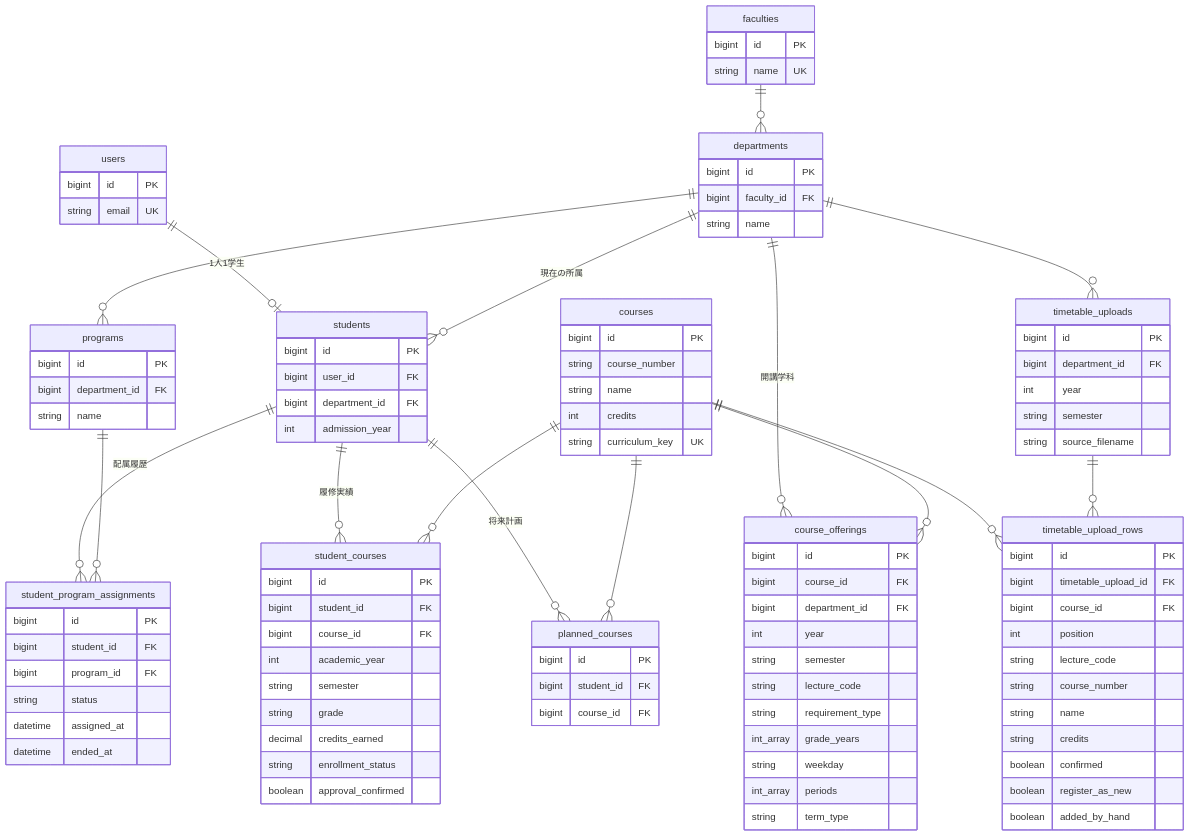
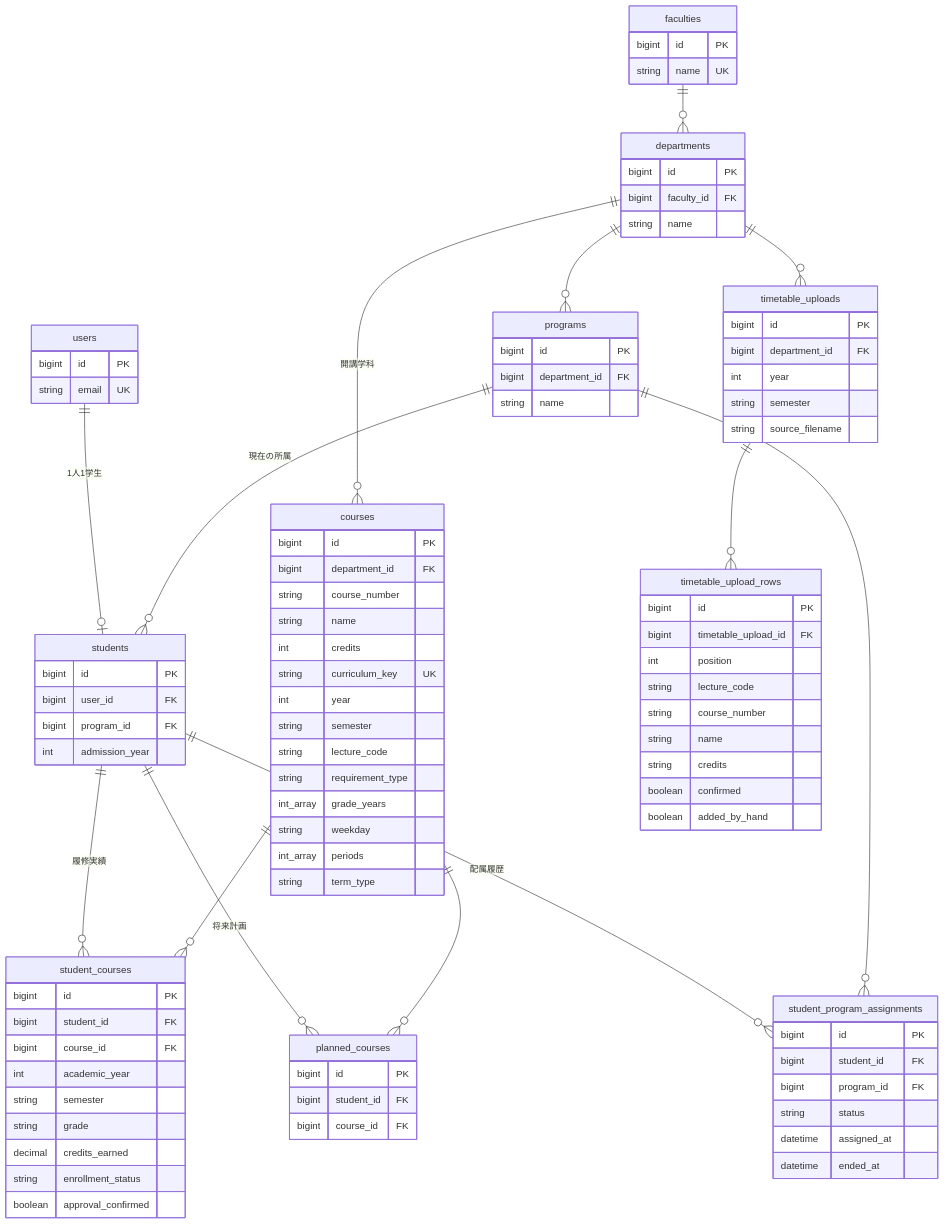
One commit to ore-orange/graduation-requirements-checker changed the diagram in docs/db-er-diagram.mmd. Above: the diagram before and after it, drawn with Mermaid. The commit also changed 2 other files, not shown here.

```diff
--- a/docs/db-er-diagram.mmd
+++ b/docs/db-er-diagram.mmd
@@ -1,81 +1,75 @@
 erDiagram
   users ||--o| students : "1人1学生"
   faculties ||--o{ departments : ""
   departments ||--o{ programs : ""
-  departments ||--o{ students : "現在の所属"
-  departments ||--o{ course_offerings : "開講学科"
+  programs ||--o{ students : "現在の所属"
+  departments ||--o{ courses : "開講学科"
   departments ||--o{ timetable_uploads : ""
   students ||--o{ student_courses : "履修実績"
   students ||--o{ planned_courses : "将来計画"
   students ||--o{ student_program_assignments : "配属履歴"
   programs ||--o{ student_program_assignments : ""
   courses ||--o{ student_courses : ""
   courses ||--o{ planned_courses : ""
-  courses ||--o{ course_offerings : ""
-  courses ||--o{ timetable_upload_rows : ""
   timetable_uploads ||--o{ timetable_upload_rows : ""
 
   users { bigint id PK
     string email UK }
   faculties { bigint id PK
     string name UK }
   departments { bigint id PK
     bigint faculty_id FK
     string name }
   programs { bigint id PK
     bigint department_id FK
     string name }
   students { bigint id PK
     bigint user_id FK
-    bigint department_id FK
+    bigint program_id FK
     int admission_year }
   student_program_assignments { bigint id PK
     bigint student_id FK
     bigint program_id FK
     string status
     datetime assigned_at
     datetime ended_at }
   courses { bigint id PK
+    bigint department_id FK
     string course_number
     string name
     int credits
-    string curriculum_key UK }
+    string curriculum_key UK
+    int year
+    string semester
+    string lecture_code
+    string requirement_type
+    int_array grade_years
+    string weekday
+    int_array periods
+    string term_type }
   student_courses { bigint id PK
     bigint student_id FK
     bigint course_id FK
     int academic_year
     string semester
     string grade
     decimal credits_earned
     string enrollment_status
     boolean approval_confirmed }
   planned_courses { bigint id PK
     bigint student_id FK
     bigint course_id FK }
-  course_offerings { bigint id PK
-    bigint course_id FK
-    bigint department_id FK
-    int year
-    string semester
-    string lecture_code
-    string requirement_type
-    int_array grade_years
-    string weekday
-    int_array periods
-    string term_type }
   timetable_uploads { bigint id PK
     bigint department_id FK
     int year
     string semester
     string source_filename }
   timetable_upload_rows { bigint id PK
     bigint timetable_upload_id FK
-    bigint course_id FK
     int position
     string lecture_code
     string course_number
     string name
     string credits
     boolean confirmed
-    boolean register_as_new
     boolean added_by_hand }
```
